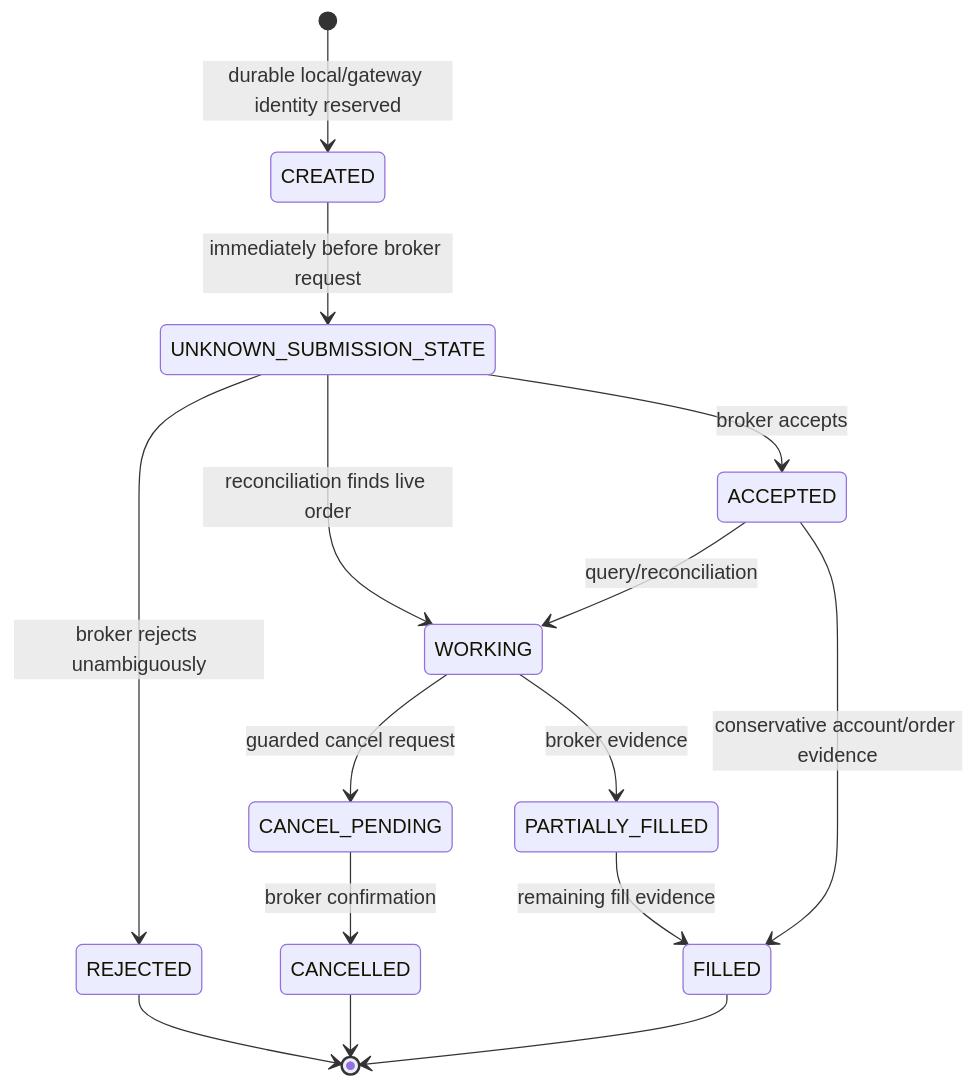
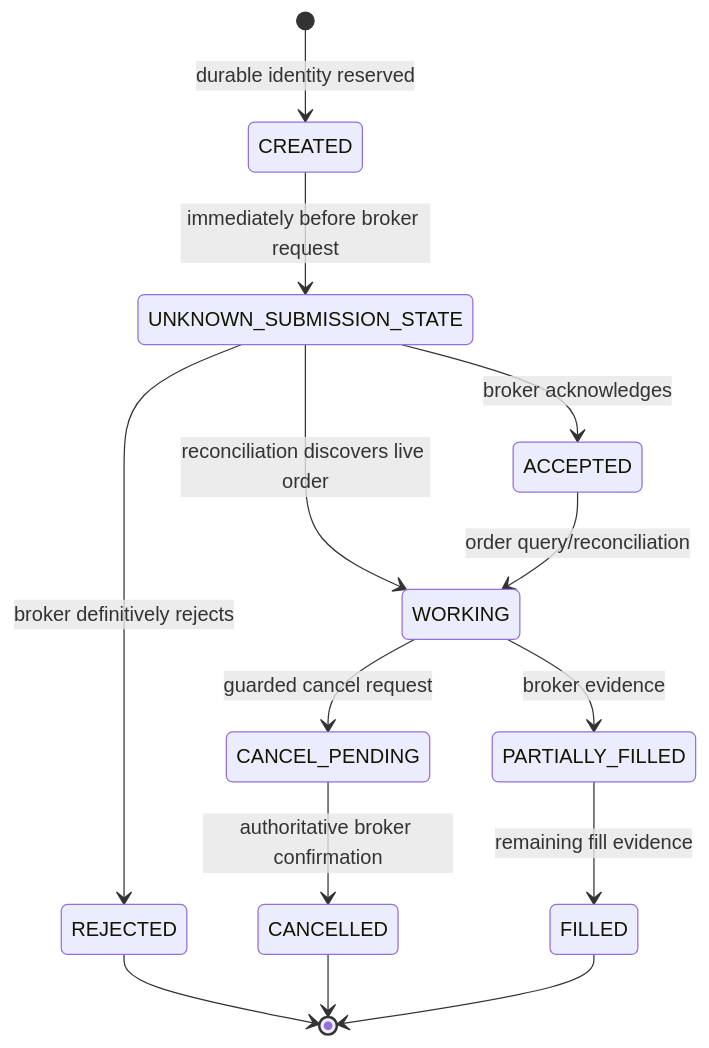
Before and after one commit to cafe-auvers/quant_app: the second of 2 diagrams in docs/wiki/Order-Lifecycle.md, drawn with Mermaid. The commit also changed other lines of this file and 39 other files, not shown here.

````diff
--- a/docs/wiki/Order-Lifecycle.md
+++ b/docs/wiki/Order-Lifecycle.md
@@ -3,17 +37,16 @@
 ```mermaid
 stateDiagram-v2
-    [*] --> CREATED: durable local/gateway identity reserved
+    [*] --> CREATED: durable identity reserved
     CREATED --> UNKNOWN_SUBMISSION_STATE: immediately before broker request
-    UNKNOWN_SUBMISSION_STATE --> ACCEPTED: broker accepts
-    UNKNOWN_SUBMISSION_STATE --> REJECTED: broker rejects unambiguously
-    UNKNOWN_SUBMISSION_STATE --> WORKING: reconciliation finds live order
-    ACCEPTED --> WORKING: query/reconciliation
+    UNKNOWN_SUBMISSION_STATE --> ACCEPTED: broker acknowledges
+    UNKNOWN_SUBMISSION_STATE --> REJECTED: broker definitively rejects
+    UNKNOWN_SUBMISSION_STATE --> WORKING: reconciliation discovers live order
+    ACCEPTED --> WORKING: order query/reconciliation
     WORKING --> PARTIALLY_FILLED: broker evidence
     PARTIALLY_FILLED --> FILLED: remaining fill evidence
     WORKING --> CANCEL_PENDING: guarded cancel request
-    CANCEL_PENDING --> CANCELLED: broker confirmation
-    ACCEPTED --> FILLED: conservative account/order evidence
+    CANCEL_PENDING --> CANCELLED: authoritative broker confirmation
     REJECTED --> [*]
     CANCELLED --> [*]
     FILLED --> [*]
 ```
````
